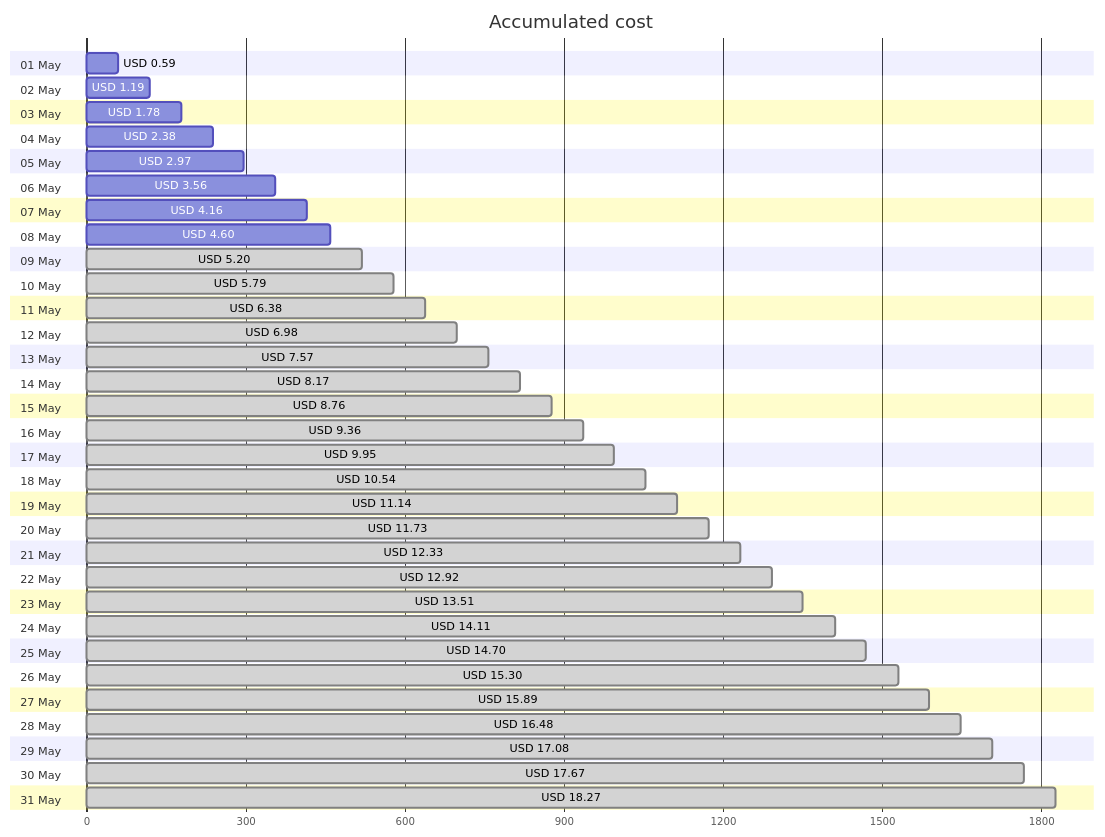
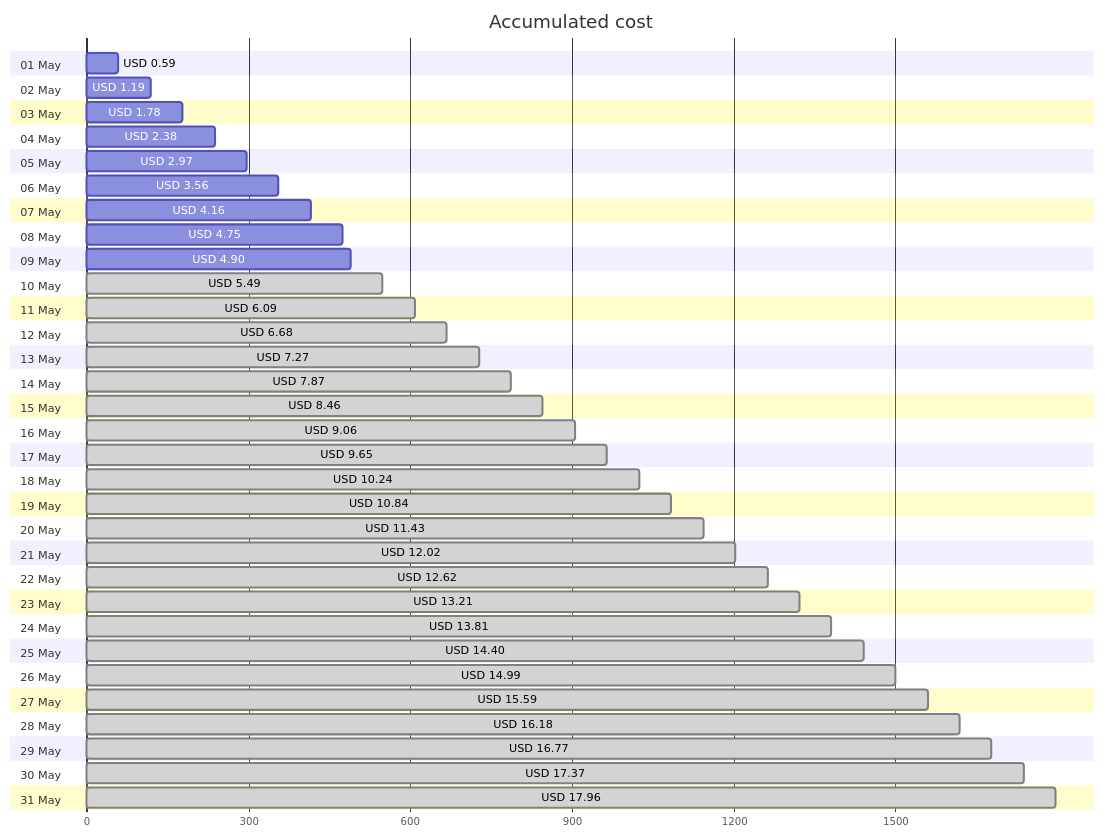
The first of 4 diagrams in cost-reports/personal-site/README.md (jpfulton/azure-personal-reports), drawn with Mermaid before and after one commit. The commit also changed other lines of this file and 6 other files, not shown here.

````diff
--- a/cost-reports/personal-site/README.md
+++ b/cost-reports/personal-site/README.md
@@ -20,68 +20,68 @@
 ```mermaid
 gantt
    title Accumulated cost
    dateFormat  X
    axisFormat %s
    section 01 May
    USD 0.59 :0, 59
    section 02 May
    USD 1.19 :0, 119
    section 03 May
    USD 1.78 :0, 178
    section 04 May
    USD 2.38 :0, 238
    section 05 May
    USD 2.97 :0, 297
    section 06 May
    USD 3.56 :0, 356
    section 07 May
    USD 4.16 :0, 416
    section 08 May
-   USD 4.60 :0, 460
+   USD 4.75 :0, 475
    section 09 May
-   USD 5.20 : done, 0, 520
+   USD 4.90 :0, 490
    section 10 May
-   USD 5.79 : done, 0, 579
+   USD 5.49 : done, 0, 549
    section 11 May
-   USD 6.38 : done, 0, 638
+   USD 6.09 : done, 0, 609
    section 12 May
-   USD 6.98 : done, 0, 698
+   USD 6.68 : done, 0, 668
    section 13 May
-   USD 7.57 : done, 0, 757
+   USD 7.27 : done, 0, 727
    section 14 May
-   USD 8.17 : done, 0, 817
+   USD 7.87 : done, 0, 787
    section 15 May
-   USD 8.76 : done, 0, 876
+   USD 8.46 : done, 0, 846
    section 16 May
-   USD 9.36 : done, 0, 936
+   USD 9.06 : done, 0, 906
    section 17 May
-   USD 9.95 : done, 0, 995
+   USD 9.65 : done, 0, 965
    section 18 May
-   USD 10.54 : done, 0, 1054
+   USD 10.24 : done, 0, 1024
    section 19 May
-   USD 11.14 : done, 0, 1114
+   USD 10.84 : done, 0, 1084
    section 20 May
-   USD 11.73 : done, 0, 1173
+   USD 11.43 : done, 0, 1143
    section 21 May
-   USD 12.33 : done, 0, 1233
+   USD 12.02 : done, 0, 1202
    section 22 May
-   USD 12.92 : done, 0, 1292
+   USD 12.62 : done, 0, 1262
    section 23 May
-   USD 13.51 : done, 0, 1351
+   USD 13.21 : done, 0, 1321
    section 24 May
-   USD 14.11 : done, 0, 1411
+   USD 13.81 : done, 0, 1381
    section 25 May
-   USD 14.70 : done, 0, 1470
+   USD 14.40 : done, 0, 1440
    section 26 May
-   USD 15.30 : done, 0, 1530
+   USD 14.99 : done, 0, 1499
    section 27 May
-   USD 15.89 : done, 0, 1589
+   USD 15.59 : done, 0, 1559
    section 28 May
-   USD 16.48 : done, 0, 1648
+   USD 16.18 : done, 0, 1618
    section 29 May
-   USD 17.08 : done, 0, 1708
+   USD 16.77 : done, 0, 1677
    section 30 May
-   USD 17.67 : done, 0, 1767
+   USD 17.37 : done, 0, 1737
    section 31 May
-   USD 18.27 : done, 0, 1827
+   USD 17.96 : done, 0, 1796
 ```
````
